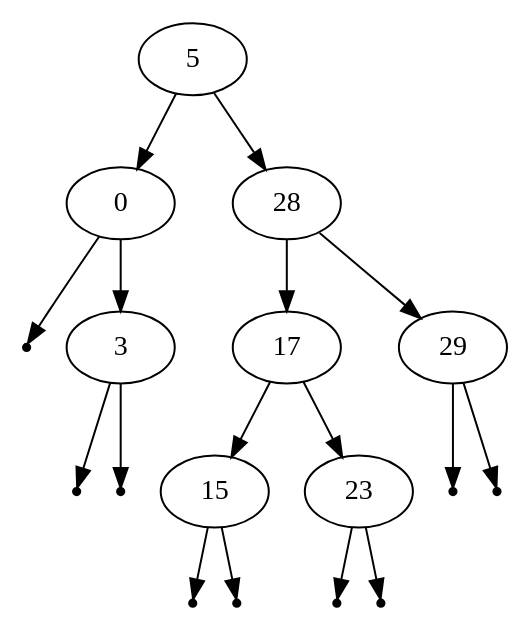
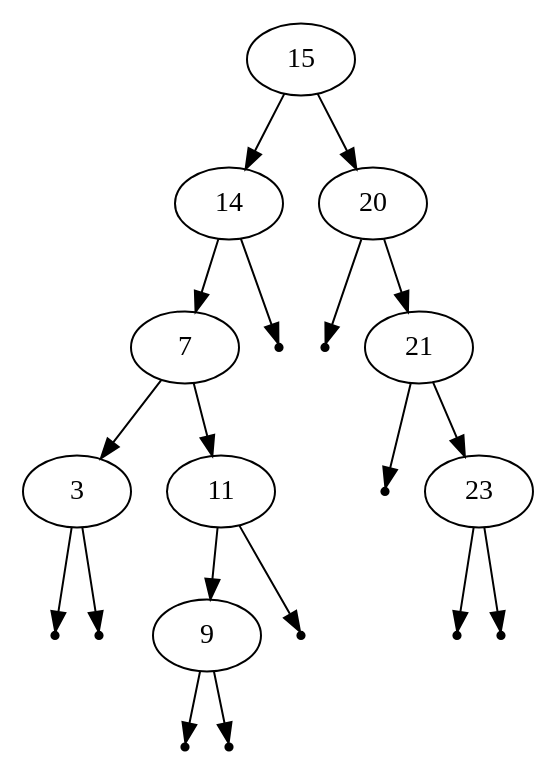
One commit to psuet/rwth-progra-ws16 changed the diagram in u07/code/t1.dot. Above: the diagram before and after it, drawn with Graphviz. The commit also changed 8 other files, not shown here.

```diff
--- a/u07/code/t1.dot
+++ b/u07/code/t1.dot
@@ -1,28 +1,31 @@
 digraph {
 graph [ordering="out"];
-5 -> 0;
+15 -> 14;
+14 -> 7;
+7 -> 3;
 null0[shape=point]
-0 -> null0;
-0 -> 3;
+3 -> null0;
 null1[shape=point]
 3 -> null1;
+7 -> 11;
+11 -> 9;
 null2[shape=point]
-3 -> null2;
-5 -> 28;
-28 -> 17;
-17 -> 15;
+9 -> null2;
 null3[shape=point]
-15 -> null3;
+9 -> null3;
 null4[shape=point]
-15 -> null4;
-17 -> 23;
+11 -> null4;
 null5[shape=point]
-23 -> null5;
+14 -> null5;
+15 -> 20;
 null6[shape=point]
-23 -> null6;
-28 -> 29;
+20 -> null6;
+20 -> 21;
 null7[shape=point]
-29 -> null7;
+21 -> null7;
+21 -> 23;
 null8[shape=point]
-29 -> null8;
+23 -> null8;
+null9[shape=point]
+23 -> null9;
 }
```
